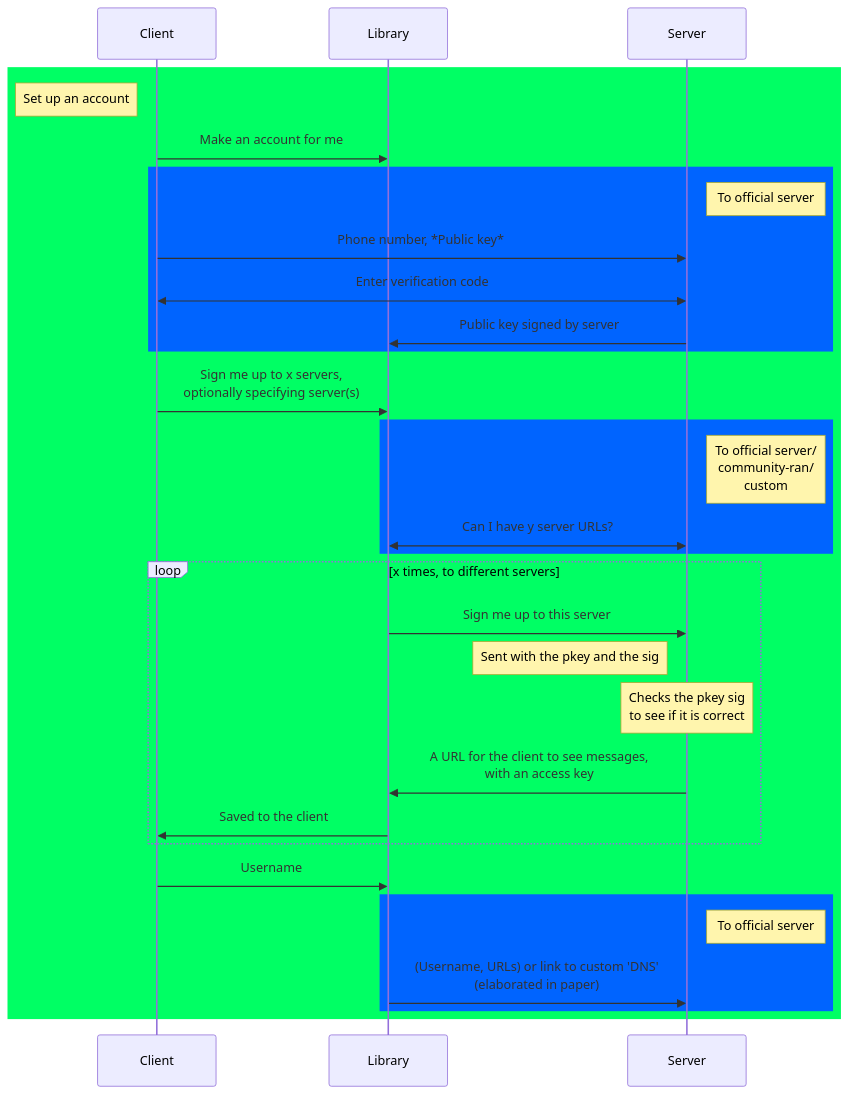
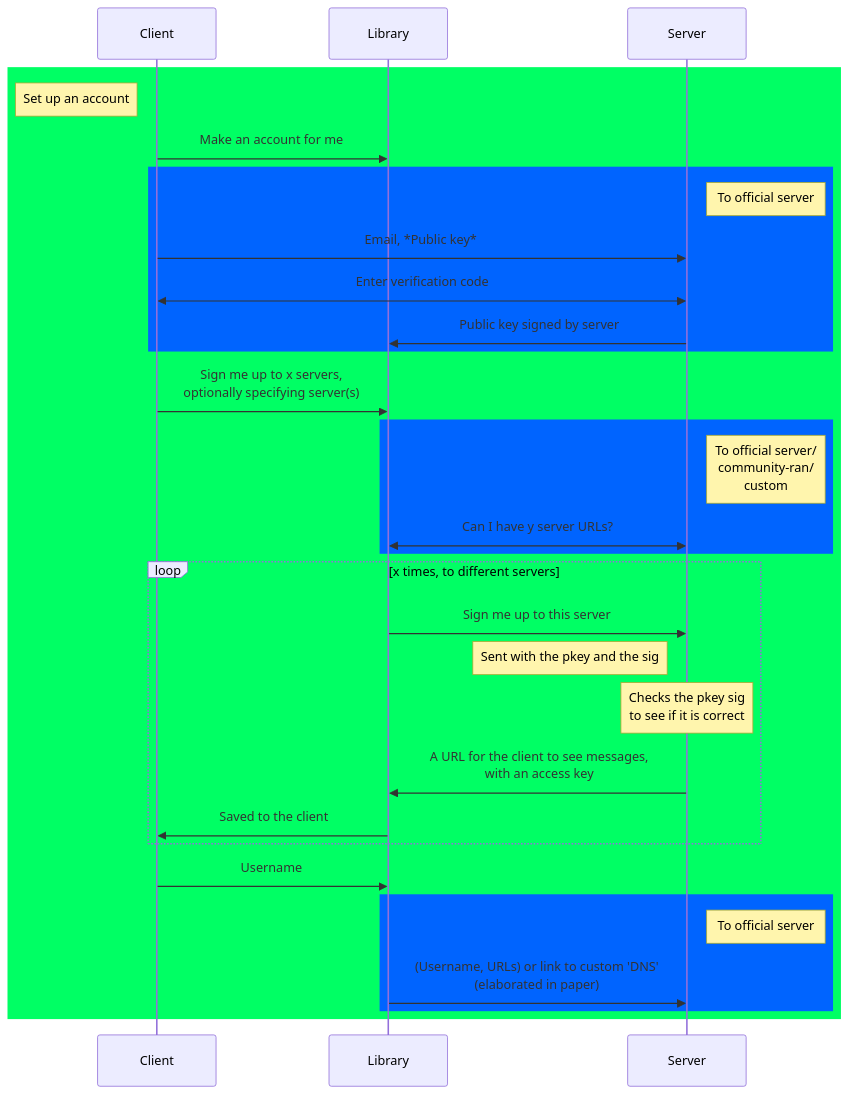
One commit to dispatch-d/paper changed the first of 3 diagrams in README.md. Above: the diagram before and after it, drawn with Mermaid.

````diff
--- a/README.md
+++ b/README.md
@@ -9,33 +9,33 @@
 ```mermaid
 sequenceDiagram
     rect rgb(0,255,100)
         Note left of Client: Set up an account
         Client->>Library: Make an account for me
         rect rgb(0,100,255)
             Note right of Server: To official server
-            Client->>Server: Phone number, *Public key*
+            Client->>Server: Email, *Public key*
             Server<<->>Client: Enter verification code
             Server->>Library: Public key signed by server
         end
         Client->>Library: Sign me up to x servers,<br>optionally specifying server(s)
         rect rgb(0,100,255)
             Note right of Server: To official server/<br>community-ran/<br>custom
             Library<<->>Server: Can I have y server URLs?
         end
         %% Client->>Library: User name, optional details
         
-        %% Server->>Client: Give me a phone number
+        %% Server->>Client: Give me a email
         loop x times, to different servers
             Library->>Server: Sign me up to this server
             Note left of Server: Sent with the pkey and the sig
             Note over Server: Checks the pkey sig<br>to see if it is correct
             Server->>Library: A URL for the client to see messages,<br>with an access key
             Library->>Client: Saved to the client
         end
         Client->>Library:Username
         rect rgb(0,100,255)
             Note right of Server: To official server
             Library->>Server: (Username, URLs) or link to custom 'DNS'<br>(elaborated in paper)
         end
     end
 ```
````
